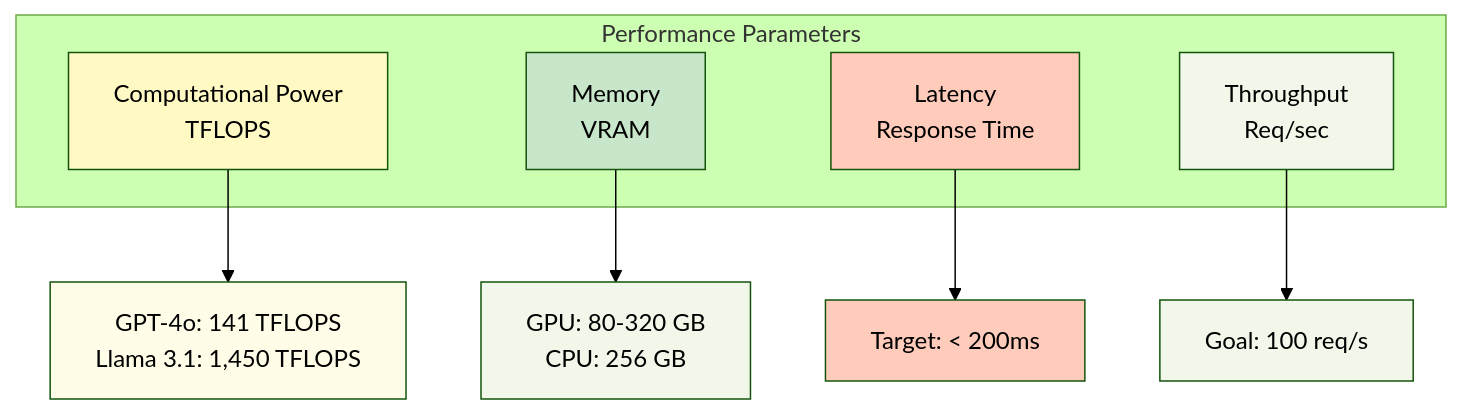
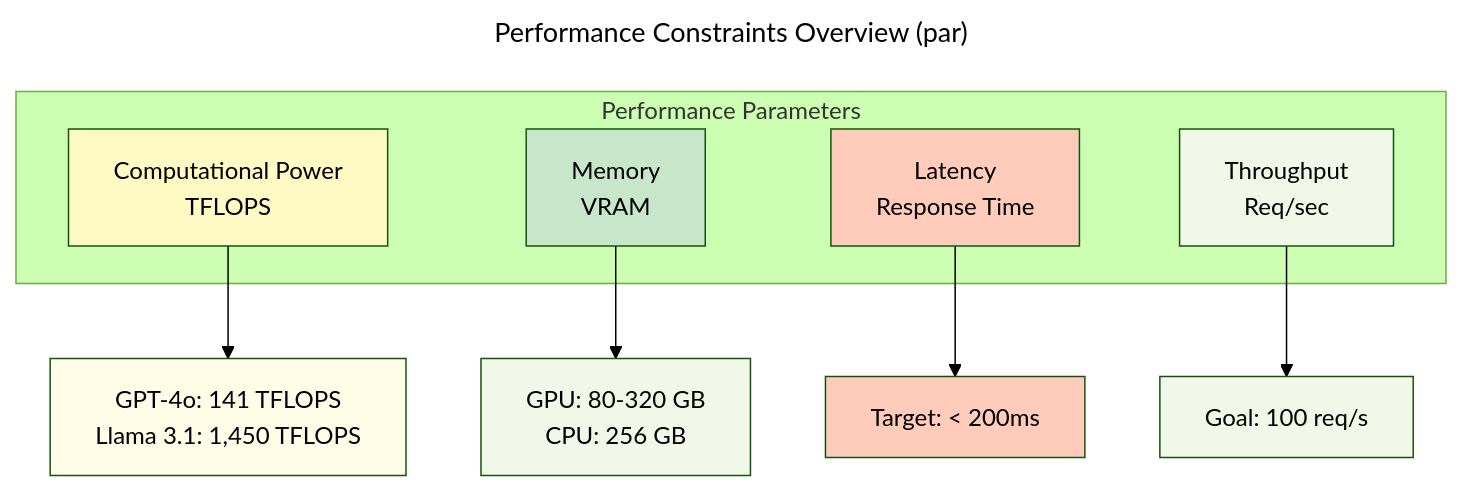
One commit to AzamkhonKh/ai_sla_vr changed the diagram in figures/04_parametric/level_0/sysml-par-00-overview.mmd. Above: the diagram before and after it, drawn with Mermaid (forest theme). The commit also changed 61 other files, not shown here.

```diff
--- a/figures/04_parametric/level_0/sysml-par-00-overview.mmd
+++ b/figures/04_parametric/level_0/sysml-par-00-overview.mmd
@@ -1,21 +1,24 @@
+---
+title: Performance Constraints Overview (par)
+---
 graph TB
     subgraph "Performance Parameters"
         A["Computational Power<br/>TFLOPS"]
         B["Memory<br/>VRAM"]
         C["Latency<br/>Response Time"]
         D["Throughput<br/>Req/sec"]
     end
     
     A --> A1["GPT-4o: 141 TFLOPS<br/>Llama 3.1: 1,450 TFLOPS"]
     B --> B1["GPU: 80-320 GB<br/>CPU: 256 GB"]
     C --> C1["Target: &lt; 200ms"]
     D --> D1["Goal: 100 req/s"]
     
     style A fill:#fff9c4
     style B fill:#c8e6c9
     style C fill:#ffccbc
     style D fill:#f1f8e9
     style A1 fill:#fffde7
     style B1 fill:#f1f8e9
     style C1 fill:#ffccbc
     style D1 fill:#f1f8e9
```
